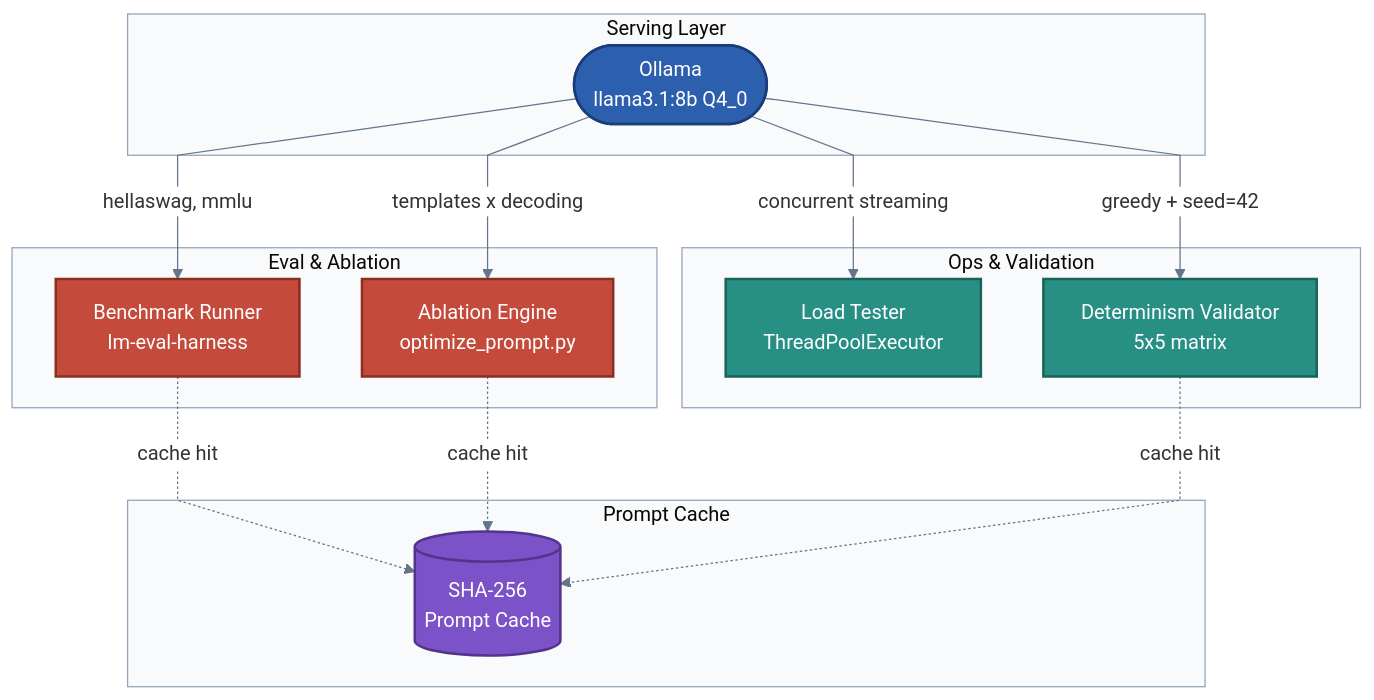
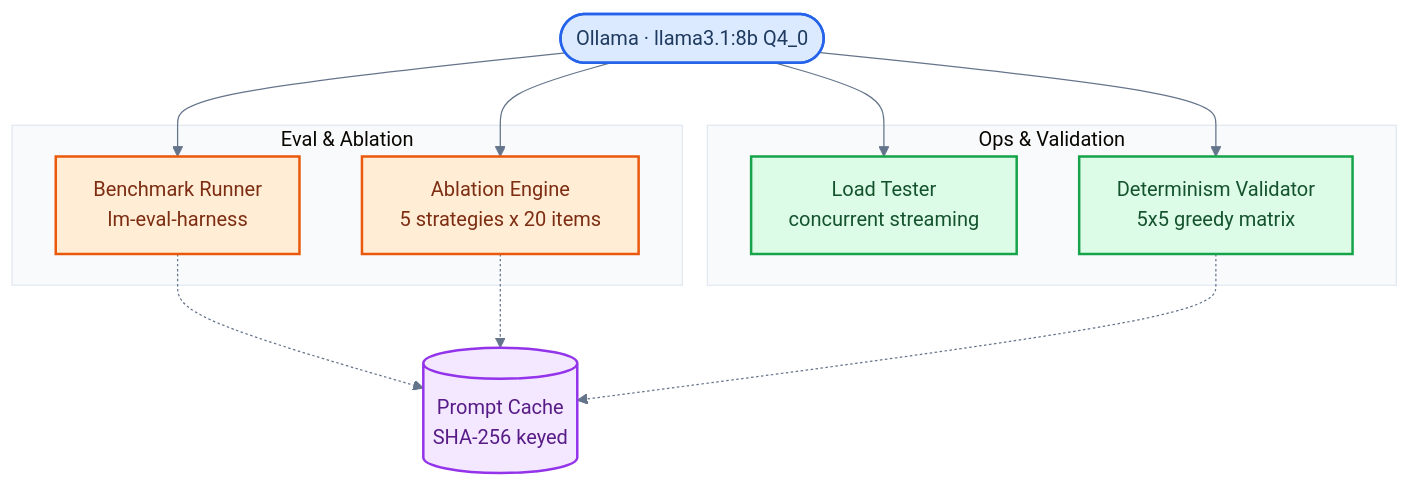
The first of 4 diagrams in README.md (jameswniu/self-hosted-llm-evals-lab), drawn with Mermaid before and after one commit. The commit also changed other lines of this file, not shown here.

First line of the commit message:
polish Mermaid diagrams for readability

````diff
--- a/README.md
+++ b/README.md
@@ -53,35 +53,30 @@
 ```mermaid
-%%{init: {'theme':'base', 'themeVariables': {'lineColor': '#64748b', 'edgeLabelBackground': '#ffffff', 'clusterBkg': '#f8fafc', 'clusterBorder': '#94a3b8'}, 'flowchart': {'curve': 'linear'}}}%%
+%%{init: {'theme': 'base', 'themeVariables': {'lineColor': '#64748b', 'clusterBkg': '#f8fafc', 'clusterBorder': '#e2e8f0'}}}%%
 flowchart TD
-    classDef serving fill:#2D5FAF,stroke:#1A3D7A,color:#ffffff,stroke-width:2px
-    classDef eval fill:#C44B3B,stroke:#8B2E22,color:#ffffff,stroke-width:2px
-    classDef ops fill:#278F84,stroke:#1A6359,color:#ffffff,stroke-width:2px
-    classDef cache fill:#7B52C7,stroke:#53348A,color:#ffffff,stroke-width:2px
+    classDef blue fill:#dbeafe,stroke:#2563eb,color:#1e3a5f,stroke-width:2px
+    classDef orange fill:#ffedd5,stroke:#ea580c,color:#7c2d12,stroke-width:2px
+    classDef green fill:#dcfce7,stroke:#16a34a,color:#14532d,stroke-width:2px
+    classDef purple fill:#f3e8ff,stroke:#9333ea,color:#581c87,stroke-width:2px
 
-    subgraph Serving["Serving Layer"]
-        OL(["Ollama<br/>llama3.1:8b Q4_0"]):::serving
+    OL(["Ollama · llama3.1:8b Q4_0"]):::blue
+
+    subgraph eval ["Eval & Ablation"]
+        BR["Benchmark Runner<br/>lm-eval-harness"]:::orange
+        AB["Ablation Engine<br/>5 strategies x 20 items"]:::orange
     end
 
-    subgraph EvalAblation["Eval & Ablation"]
-        BR["Benchmark Runner<br/>lm-eval-harness"]:::eval
-        AB["Ablation Engine<br/>optimize_prompt.py"]:::eval
+    subgraph ops ["Ops & Validation"]
+        LT["Load Tester<br/>concurrent streaming"]:::green
+        DV["Determinism Validator<br/>5x5 greedy matrix"]:::green
     end
 
-    subgraph OpsValidation["Ops & Validation"]
-        LT["Load Tester<br/>ThreadPoolExecutor"]:::ops
-        DV["Determinism Validator<br/>5x5 matrix"]:::ops
-    end
+    PC[("Prompt Cache<br/>SHA-256 keyed")]:::purple
 
-    subgraph PromptCache["Prompt Cache"]
-        PC[("SHA-256<br/>Prompt Cache")]:::cache
-    end
-
-    OL -->|"hellaswag, mmlu"| BR
-    OL -->|"templates x decoding"| AB
-    OL -->|"concurrent streaming"| LT
-    OL -->|"greedy + seed=42"| DV
-
-    BR -.->|"cache hit"| PC
-    AB -.->|"cache hit"| PC
-    DV -.->|"cache hit"| PC
+    OL --> BR
+    OL --> AB
+    OL --> LT
+    OL --> DV
+    BR -.-> PC
+    AB -.-> PC
+    DV -.-> PC
 ```
````
